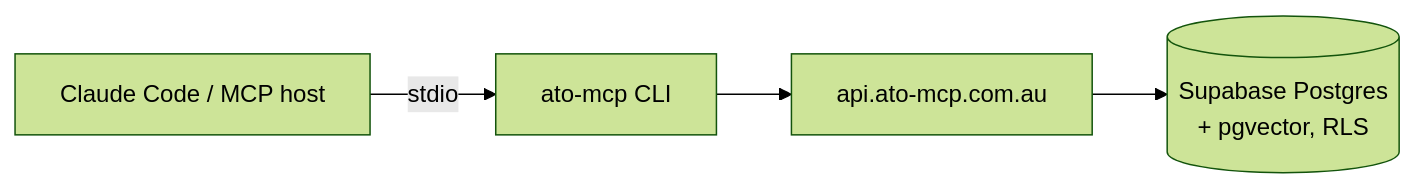
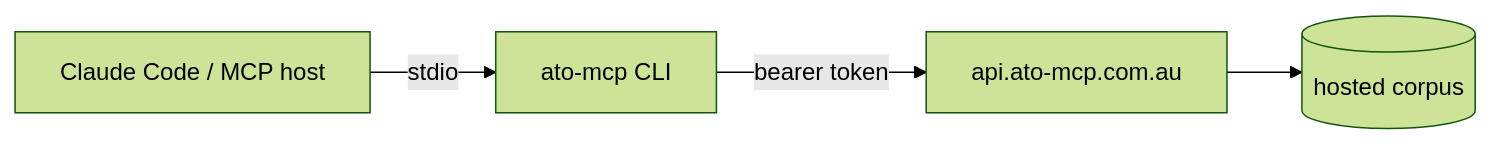
The diagram in README.md (william-laverty/ato-mcp), drawn with Mermaid (forest theme) before and after one commit. The commit also changed other lines of this file and 153 other files, not shown here.

````diff
--- a/README.md
+++ b/README.md
@@ -73,6 +74,6 @@
 ```mermaid
 flowchart LR
     A[Claude Code / MCP host] -- stdio --> B[ato-mcp CLI]
-    B --> D[api.ato-mcp.com.au]
-    D --> E[(Supabase Postgres\n+ pgvector, RLS)]
+    B -- bearer token --> D[api.ato-mcp.com.au]
+    D --> E[(hosted corpus)]
 ```
````
